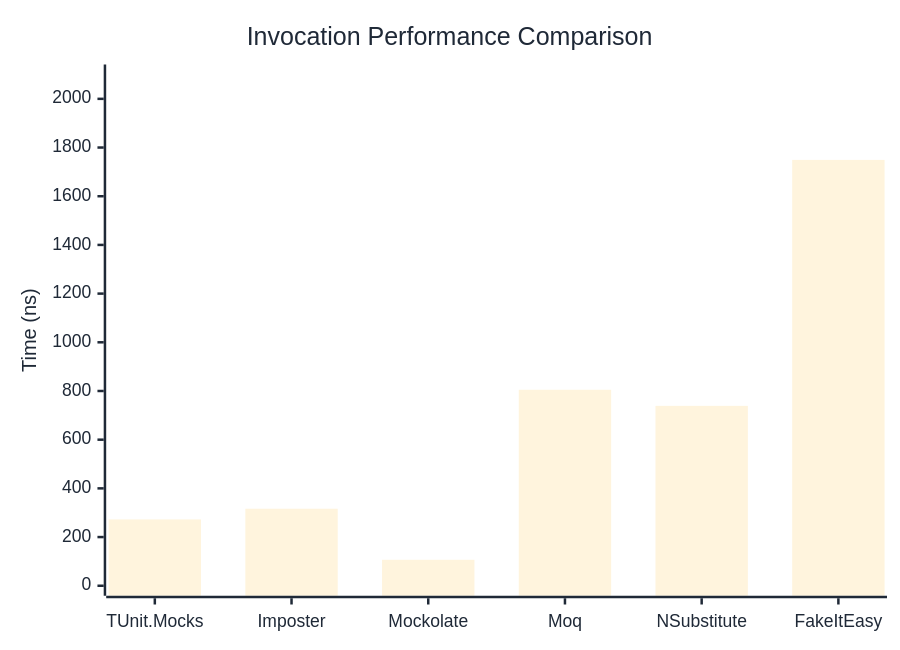
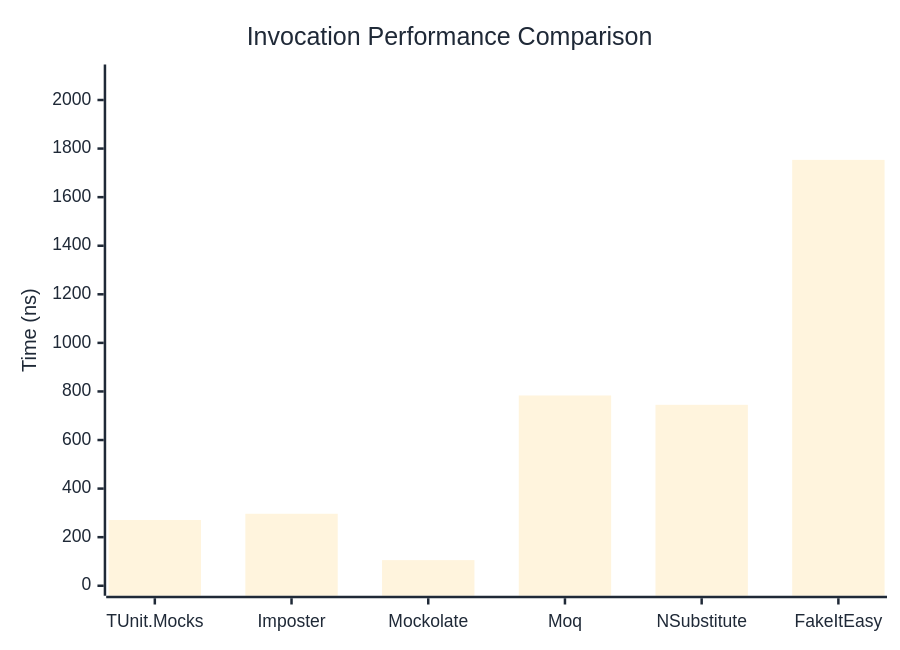
One commit to thomhurst/TUnit changed the first of 3 diagrams in docs/docs/benchmarks/mocks/Invocation.md. Above: the diagram before and after it, drawn with Mermaid. The commit also changed other lines of this file and 14 other files, not shown here.

````diff
--- a/docs/docs/benchmarks/mocks/Invocation.md
+++ b/docs/docs/benchmarks/mocks/Invocation.md
@@ -30,27 +30,27 @@
 ```mermaid
 %%{init: {
   'theme':'base',
   'themeVariables': {
     'primaryColor': '#2563eb',
     'primaryTextColor': '#1f2937',
     'primaryBorderColor': '#1e40af',
     'lineColor': '#6b7280',
     'secondaryColor': '#7c3aed',
     'tertiaryColor': '#dc2626',
     'background': '#ffffff',
     'pie1': '#2563eb',
     'pie2': '#7c3aed',
     'pie3': '#dc2626',
     'pie4': '#f59e0b',
     'pie5': '#10b981',
     'pie6': '#06b6d4',
     'pie7': '#ec4899',
     'pie8': '#6366f1'
   }
 }}%%
 xychart-beta
   title "Invocation Performance Comparison"
   x-axis ["TUnit.Mocks", "Imposter", "Mockolate", "Moq", "NSubstitute", "FakeItEasy"]
-  y-axis "Time (ns)" 0 --> 2100
-  bar [272.41, 316.34, 106.63, 804.99, 738.91, 1749.23]
+  y-axis "Time (ns)" 0 --> 2105
+  bar [270.65, 296.41, 105.51, 783.44, 744.91, 1753.45]
 ```
````
